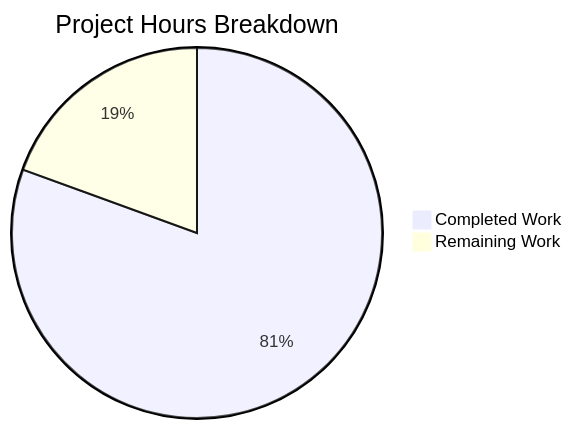
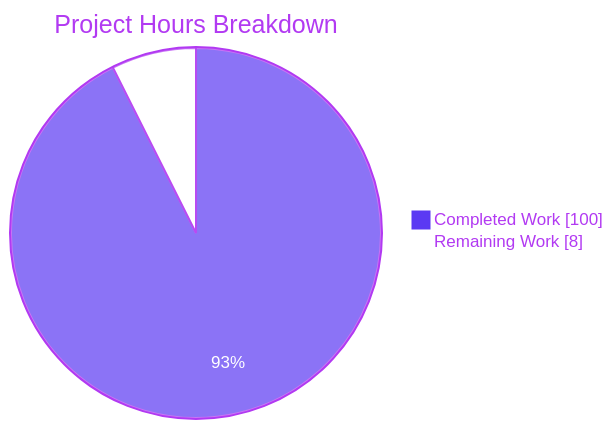
Before and after one commit to lakshya-blitzy/RepoSitory_with_multiple_details_12345-: the second of 4 diagrams in blitzy/documentation/Project Guide.md, drawn with Mermaid. The commit also changed other lines of this file, not shown here.

Commit message:
Adding Blitzy Project Guide: Project Status and Human Tasks Remaining

````diff
--- a/blitzy/documentation/Project Guide.md
+++ b/blitzy/documentation/Project Guide.md
@@ -105,5 +225,6 @@
 ```mermaid
-pie title Project Hours Breakdown
-    "Completed Work" : 58
-    "Remaining Work" : 14
+%%{init: {'theme':'base','themeVariables':{'pie1':'#5B39F3','pie2':'#FFFFFF','pieStrokeColor':'#B23AF2','pieOuterStrokeColor':'#B23AF2','pieTitleTextColor':'#B23AF2','pieSectionTextColor':'#FFFFFF','pieLegendTextColor':'#B23AF2'}}}%%
+pie showData title Project Hours Breakdown
+    "Completed Work" : 100
+    "Remaining Work" : 8
 ```
````
